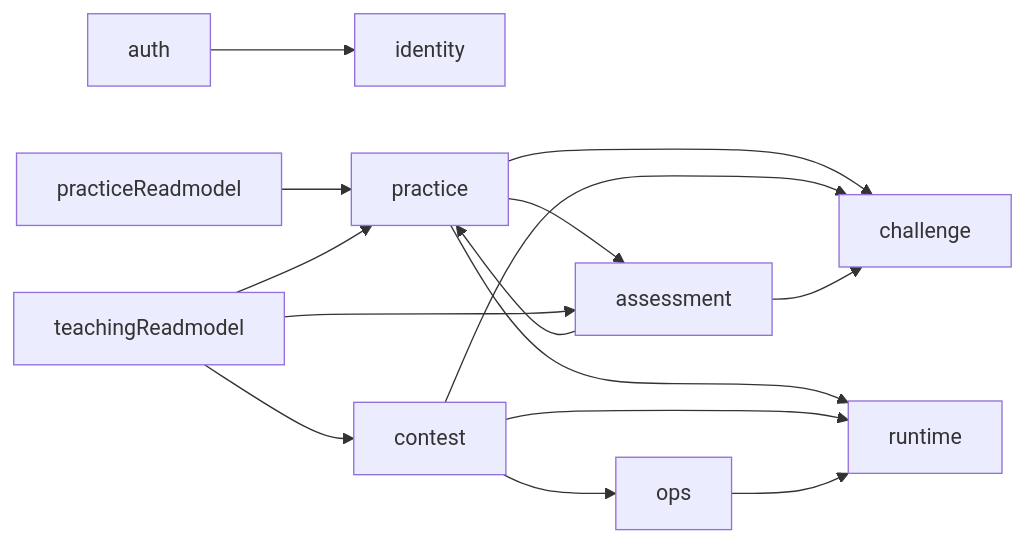
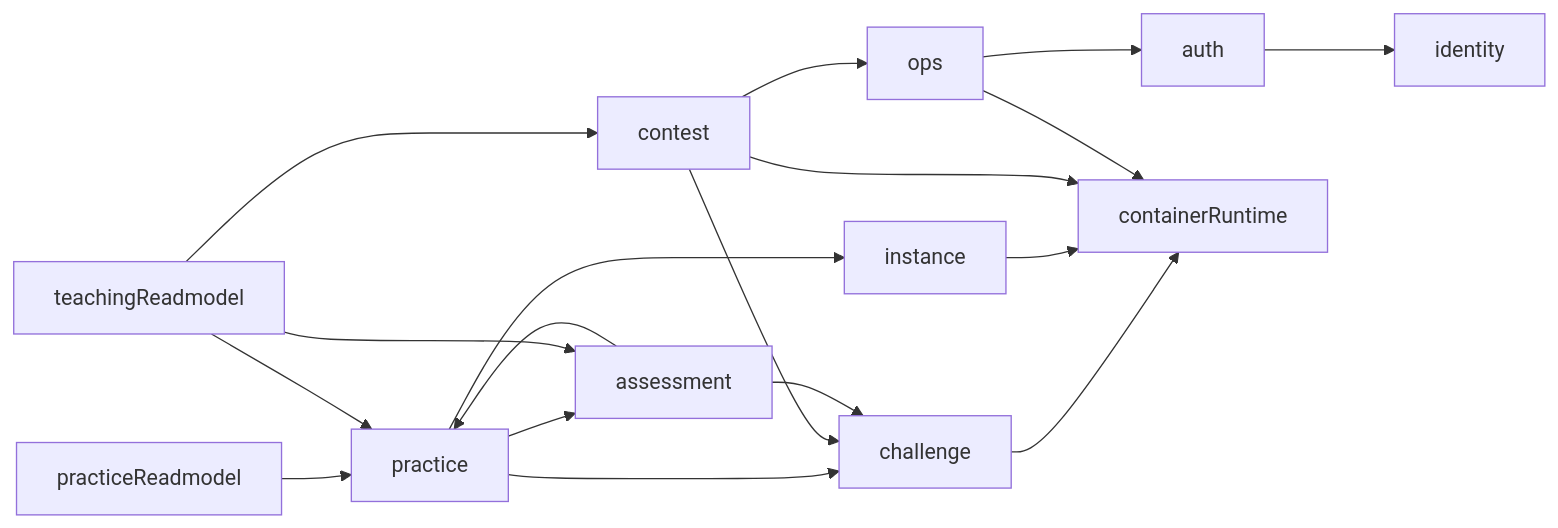
The second of 2 diagrams in docs/architecture/backend/07-modular-monolith-refactor.md (architectcgz/ctf), drawn with Mermaid before and after one commit. The commit also changed other lines of this file and 42 other files, not shown here.

Commit message:
重构(后端): 收口 auth/identity 与 runtime/instance 边界

````diff
--- a/docs/architecture/backend/07-modular-monolith-refactor.md
+++ b/docs/architecture/backend/07-modular-monolith-refactor.md
@@ -173,17 +191,20 @@
 ```mermaid
 flowchart LR
     auth --> identity
+    challenge --> containerRuntime
     practice --> challenge
-    practice --> runtime
+    practice --> instance
+    instance --> containerRuntime
     practice --> assessment
     contest --> challenge
-    contest --> runtime
+    contest --> containerRuntime
     contest --> ops
     assessment --> challenge
     assessment --> practice
     practiceReadmodel --> practice
     teachingReadmodel --> assessment
     teachingReadmodel --> contest
     teachingReadmodel --> practice
-    ops --> runtime
+    ops --> auth
+    ops --> containerRuntime
 ```
````
